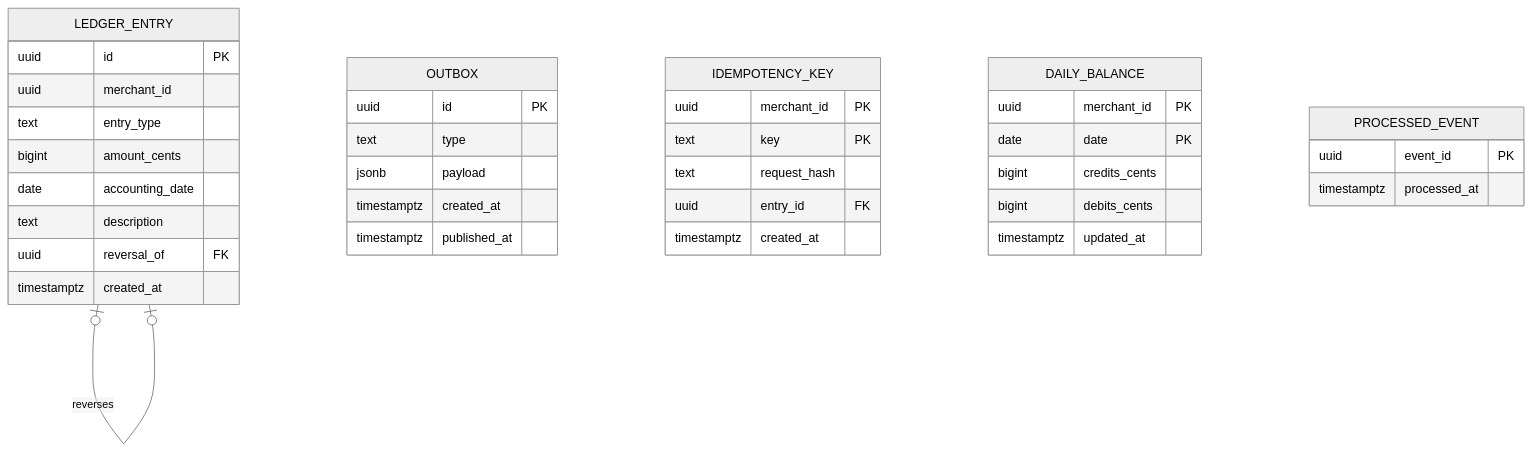
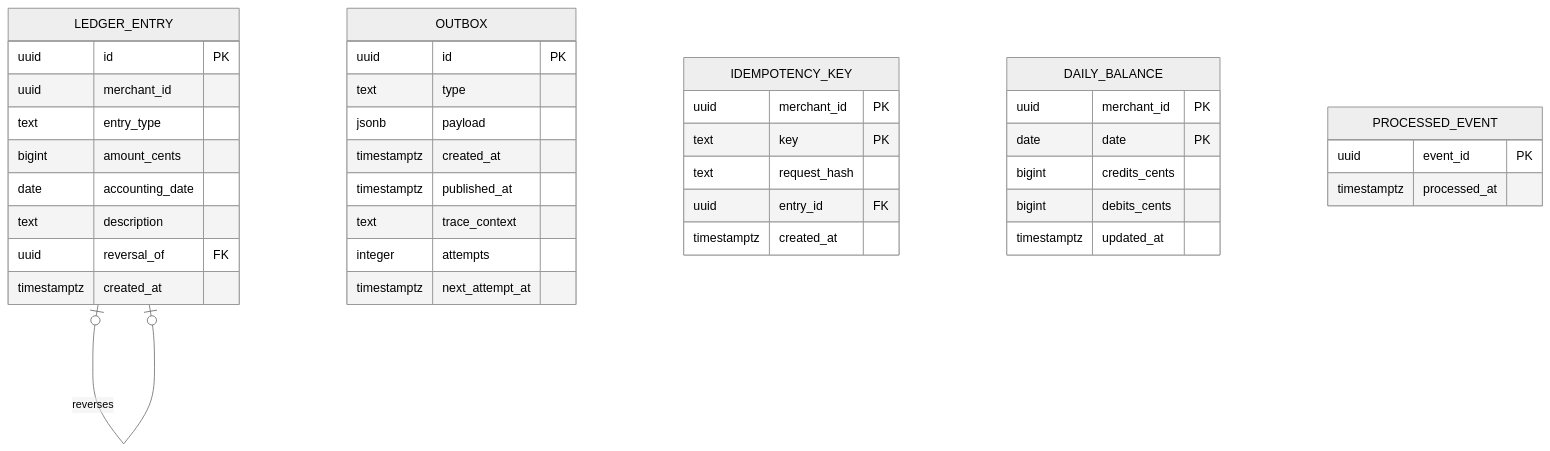
Before and after one commit to adrielcodeco/daily-cash-flow: diagram 12 of 12 in docs/03-arquitetura-alvo.md, drawn with Mermaid (neutral theme). The commit also changed other lines of this file and 142 other files, not shown here.

````diff
--- a/docs/03-arquitetura-alvo.md
+++ b/docs/03-arquitetura-alvo.md
@@ -251,39 +251,42 @@
 ```mermaid
 erDiagram
     LEDGER_ENTRY {
         uuid id PK
         uuid merchant_id
         text entry_type
         bigint amount_cents
         date accounting_date
         text description
         uuid reversal_of FK
         timestamptz created_at
     }
     OUTBOX {
         uuid id PK
         text type
         jsonb payload
         timestamptz created_at
         timestamptz published_at
+        text trace_context
+        integer attempts
+        timestamptz next_attempt_at
     }
     IDEMPOTENCY_KEY {
         uuid merchant_id PK
         text key PK
         text request_hash
         uuid entry_id FK
         timestamptz created_at
     }
     DAILY_BALANCE {
         uuid merchant_id PK
         date date PK
         bigint credits_cents
         bigint debits_cents
         timestamptz updated_at
     }
     PROCESSED_EVENT {
         uuid event_id PK
         timestamptz processed_at
     }
     LEDGER_ENTRY |o--o| LEDGER_ENTRY : reverses
 ```
````
